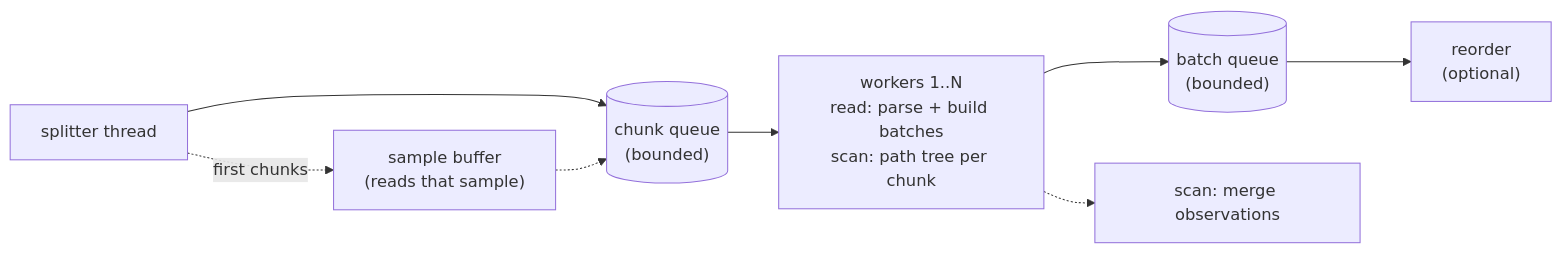
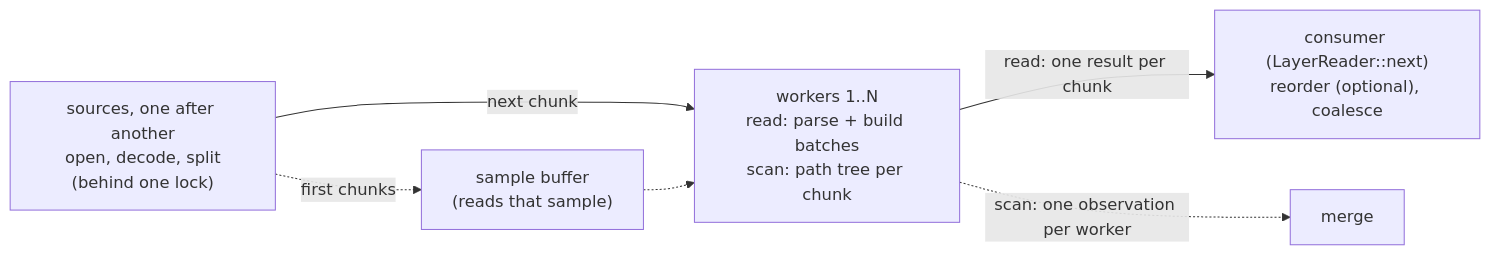
The third of 3 diagrams in docs/architecture.md (ttomasz/xeibe), drawn with Mermaid before and after one commit. The commit also changed other lines of this file, not shown here.

First line of the commit message:
docs: threads as an exact count, workers that take their own chunks

````diff
--- a/docs/architecture.md
+++ b/docs/architecture.md
@@ -391,8 +398,7 @@
 ```mermaid
 flowchart LR
-    splitter["splitter thread"] --> cq[("chunk queue<br/>(bounded)")]
-    splitter -. "first chunks" .-> sample["sample buffer<br/>(reads that sample)"] -.-> cq
-    cq --> workers["workers 1..N<br/>read: parse + build batches<br/>scan: path tree per chunk"]
-    workers --> bq[("batch queue<br/>(bounded)")] --> reorder["reorder<br/>(optional)"]
-    workers -.-> merge["scan: merge observations"]
+    src["sources, one after another<br/>open, decode, split<br/>(behind one lock)"] -->|"next chunk"| w["workers 1..N<br/>read: parse + build batches<br/>scan: path tree per chunk"]
+    src -. "first chunks" .-> sample["sample buffer<br/>(reads that sample)"] -.-> w
+    w -->|"read: one result per chunk"| c["consumer (LayerReader::next)<br/>reorder (optional), coalesce"]
+    w -.->|"scan: one observation per worker"| merge["merge"]
 ```
````
